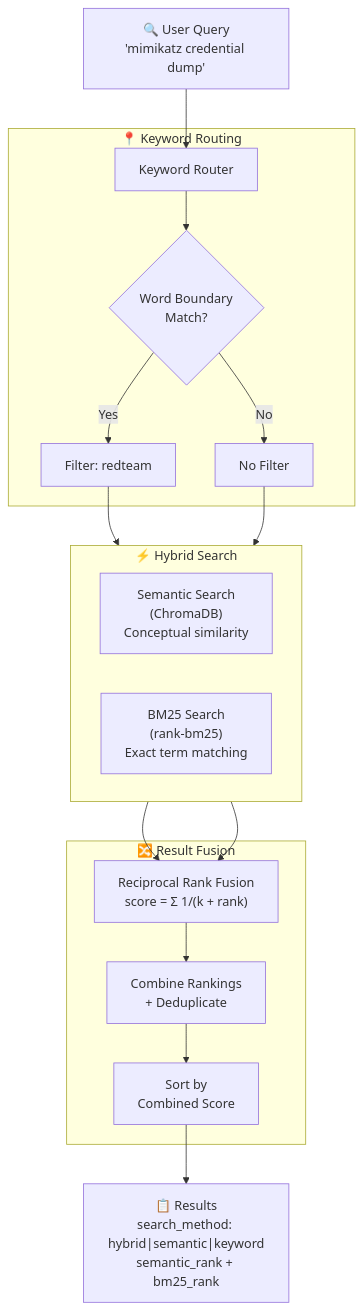
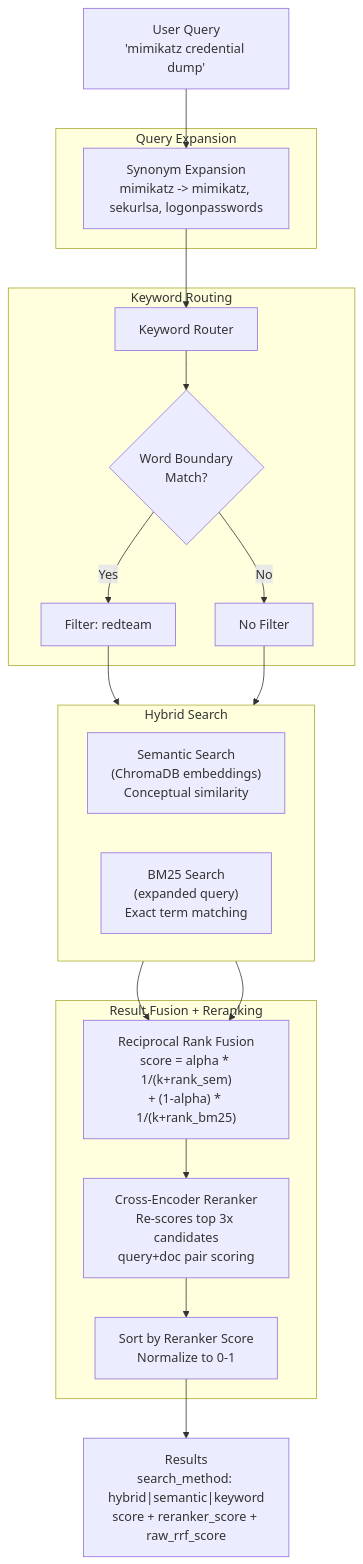
The second of 4 diagrams in README.md (imakealol/knowledge-rag), drawn with Mermaid before and after one commit. The commit also changed other lines of this file and 8 other files, not shown here.

First line of the commit message:
feat: v3.0.0 — FastEmbed, cross-encoder reranker, markdown chunking, 12 MCP tools

````diff
--- a/README.md
+++ b/README.md
@@ -162,36 +194,42 @@
 ```mermaid
 flowchart TB
-    QUERY["🔍 User Query<br/>'mimikatz credential dump'"] --> ROUTER
+    QUERY["User Query<br/>'mimikatz credential dump'"] --> EXPAND
 
-    subgraph ROUTING["📍 Keyword Routing"]
+    subgraph EXPANSION["Query Expansion"]
+        EXPAND["Synonym Expansion<br/>mimikatz -> mimikatz, sekurlsa, logonpasswords"]
+    end
+
+    EXPAND --> ROUTER
+
+    subgraph ROUTING["Keyword Routing"]
         ROUTER["Keyword Router"]
         MATCH{"Word Boundary<br/>Match?"}
         CATEGORY["Filter: redteam"]
         NOFILTER["No Filter"]
 
         ROUTER --> MATCH
         MATCH -->|Yes| CATEGORY
         MATCH -->|No| NOFILTER
     end
 
-    subgraph HYBRID["⚡ Hybrid Search"]
+    subgraph HYBRID["Hybrid Search"]
         direction LR
-        SEMANTIC["Semantic Search<br/>(ChromaDB)<br/>Conceptual similarity"]
-        BM25["BM25 Search<br/>(rank-bm25)<br/>Exact term matching"]
+        SEMANTIC["Semantic Search<br/>(ChromaDB embeddings)<br/>Conceptual similarity"]
+        BM25["BM25 Search<br/>(expanded query)<br/>Exact term matching"]
     end
 
-    subgraph FUSION["🔀 Result Fusion"]
-        RRF["Reciprocal Rank Fusion<br/>score = Σ 1/(k + rank)"]
-        COMBINE["Combine Rankings<br/>+ Deduplicate"]
-        SORT["Sort by<br/>Combined Score"]
+    subgraph FUSION["Result Fusion + Reranking"]
+        RRF["Reciprocal Rank Fusion<br/>score = alpha * 1/(k+rank_sem)<br/>+ (1-alpha) * 1/(k+rank_bm25)"]
+        RERANK["Cross-Encoder Reranker<br/>Re-scores top 3x candidates<br/>query+doc pair scoring"]
+        SORT["Sort by Reranker Score<br/>Normalize to 0-1"]
 
-        RRF --> COMBINE --> SORT
+        RRF --> RERANK --> SORT
     end
 
     CATEGORY --> HYBRID
     NOFILTER --> HYBRID
     SEMANTIC --> RRF
     BM25 --> RRF
 
-    SORT --> RESULTS["📋 Results<br/>search_method: hybrid|semantic|keyword<br/>semantic_rank + bm25_rank"]
+    SORT --> RESULTS["Results<br/>search_method: hybrid|semantic|keyword<br/>score + reranker_score + raw_rrf_score"]
 ```
````
